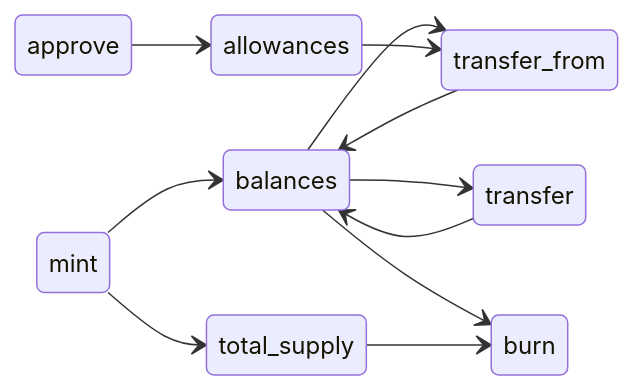
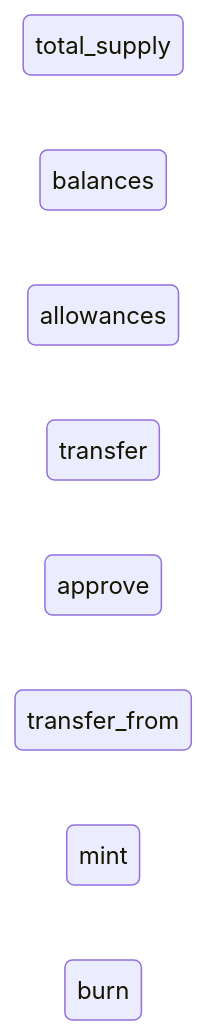
One commit to pflow-xyz/petri-pilot changed the first of 4 diagrams in generated/erc20token/README.md. Above: the diagram before and after it, drawn with Mermaid. The commit also changed other lines of this file and 44 other files, not shown here.

````diff
--- a/generated/erc20token/README.md
+++ b/generated/erc20token/README.md
@@ -49,32 +49,22 @@
 ```mermaid
 stateDiagram-v2
     direction LR
 
     state "total_supply" as PlaceTotalSupply
     state "balances" as PlaceBalances
     state "allowances" as PlaceAllowances
 
 
     state "transfer" as t_TransitionTransfer
     state "approve" as t_TransitionApprove
     state "transfer_from" as t_TransitionTransferFrom
     state "mint" as t_TransitionMint
     state "burn" as t_TransitionBurn
 
 
-    PlaceBalances --> t_TransitionTransfer
-    t_TransitionTransfer --> PlaceBalances
 
-    t_TransitionApprove --> PlaceAllowances
 
-    PlaceBalances --> t_TransitionTransferFrom
-    PlaceAllowances --> t_TransitionTransferFrom
-    t_TransitionTransferFrom --> PlaceBalances
 
-    t_TransitionMint --> PlaceBalances
-    t_TransitionMint --> PlaceTotalSupply
 
-    PlaceBalances --> t_TransitionBurn
-    PlaceTotalSupply --> t_TransitionBurn
 
 ```
````
